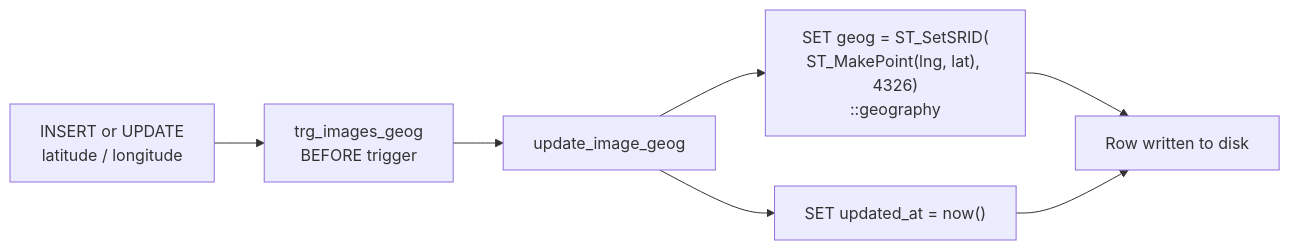
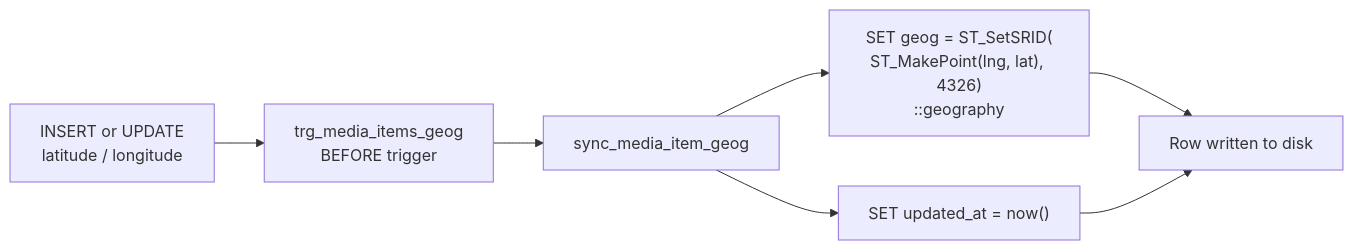
One commit to matkleve/feldpost changed the second of 3 diagrams in docs/database-schema.md. Above: the diagram before and after it, drawn with Mermaid. The commit also changed other lines of this file and 26 other files, not shown here.

First line of the commit message:
refactor: update terminology from 'images' to 'media items' across documentation

````diff
--- a/docs/database-schema.md
+++ b/docs/database-schema.md
@@ -302,9 +302,9 @@
 ```mermaid
 flowchart LR
-    A[INSERT or UPDATE<br>latitude / longitude] --> B[trg_images_geog<br>BEFORE trigger]
-    B --> C[update_image_geog]
+    A[INSERT or UPDATE<br>latitude / longitude] --> B[trg_media_items_geog<br>BEFORE trigger]
+    B --> C[sync_media_item_geog]
     C --> D["SET geog = ST_SetSRID(<br>ST_MakePoint(lng, lat), 4326)<br>::geography"]
     C --> E["SET updated_at = now()"]
     D --> F[Row written to disk]
     E --> F
 ```
````
